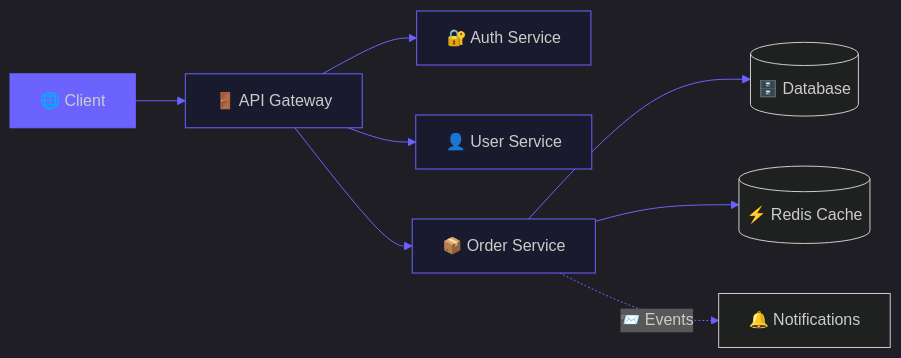
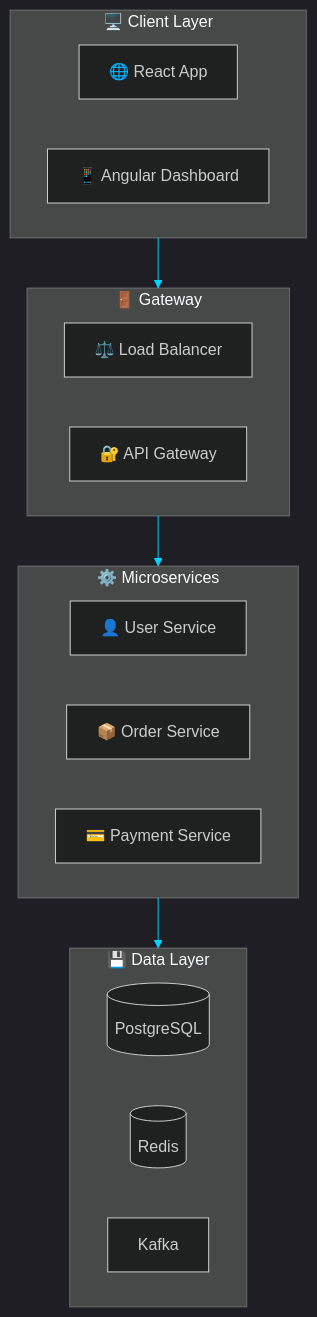
Before and after one commit to INFO333/INFO333: the diagram in README.md, drawn with Mermaid. The commit also changed other lines of this file, not shown here.

````diff
--- a/README.md
+++ b/README.md
@@ -143,17 +115,27 @@
 ```mermaid
-%%{init: {'theme': 'dark', 'themeVariables': { 'primaryColor': '#6C63FF', 'primaryTextColor': '#fff', 'primaryBorderColor': '#6C63FF', 'lineColor': '#6C63FF', 'secondaryColor': '#1a1a2e', 'tertiaryColor': '#16213e'}}}%%
-flowchart LR
-    A[🌐 Client] --> B[🚪 API Gateway]
-    B --> C[🔐 Auth Service]
-    B --> D[👤 User Service]
-    B --> E[📦 Order Service]
-    E --> F[(🗄️ Database)]
-    E --> G[(⚡ Redis Cache)]
-    E -.->|📨 Events| H[🔔 Notifications]
+%%{init: {'theme': 'dark', 'themeVariables': { 'primaryColor': '#6C63FF', 'primaryTextColor': '#fff', 'lineColor': '#00d4ff'}}}%%
+flowchart TB
+    subgraph CLIENT["🖥️ Client Layer"]
+        A[🌐 React App]
+        B[📱 Angular Dashboard]
+    end
     
-    style A fill:#6C63FF,stroke:#6C63FF
-    style B fill:#1a1a2e,stroke:#6C63FF
-    style C fill:#1a1a2e,stroke:#6C63FF
-    style D fill:#1a1a2e,stroke:#6C63FF
-    style E fill:#1a1a2e,stroke:#6C63FF
+    subgraph GATEWAY["🚪 Gateway"]
+        C[⚖️ Load Balancer]
+        D[🔐 API Gateway]
+    end
+    
+    subgraph SERVICES["⚙️ Microservices"]
+        E[👤 User Service]
+        F[📦 Order Service]
+        G[💳 Payment Service]
+    end
+    
+    subgraph DATA["💾 Data Layer"]
+        H[(PostgreSQL)]
+        I[(Redis)]
+        J[Kafka]
+    end
+    
+    CLIENT --> GATEWAY --> SERVICES --> DATA
 ```
````
